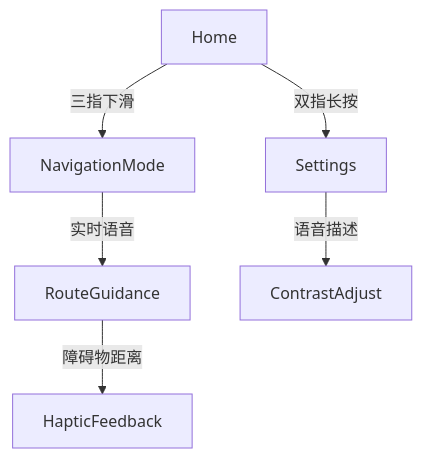
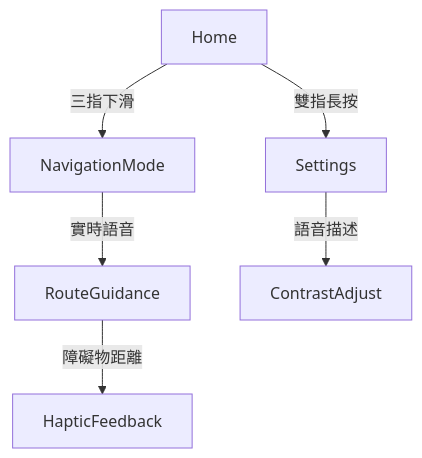
The third of 4 diagrams in README.md (kch0i/Invisible_Travel), drawn with Mermaid before and after one commit. The commit also changed other lines of this file and 1 other file, not shown here.

````diff
--- a/README.md
+++ b/README.md
@@ -101,8 +101,8 @@
 ```mermaid
 graph TB
     Home --> |三指下滑| NavigationMode
-    Home --> |双指长按| Settings
-    NavigationMode --> |实时语音| RouteGuidance
-    RouteGuidance --> |障碍物距离| HapticFeedback
-    Settings --> |语音描述| ContrastAdjust
+    Home --> |雙指長按| Settings
+    NavigationMode --> |實時語音| RouteGuidance
+    RouteGuidance --> |障礙物距離| HapticFeedback
+    Settings --> |語音描述| ContrastAdjust
 ```
````
